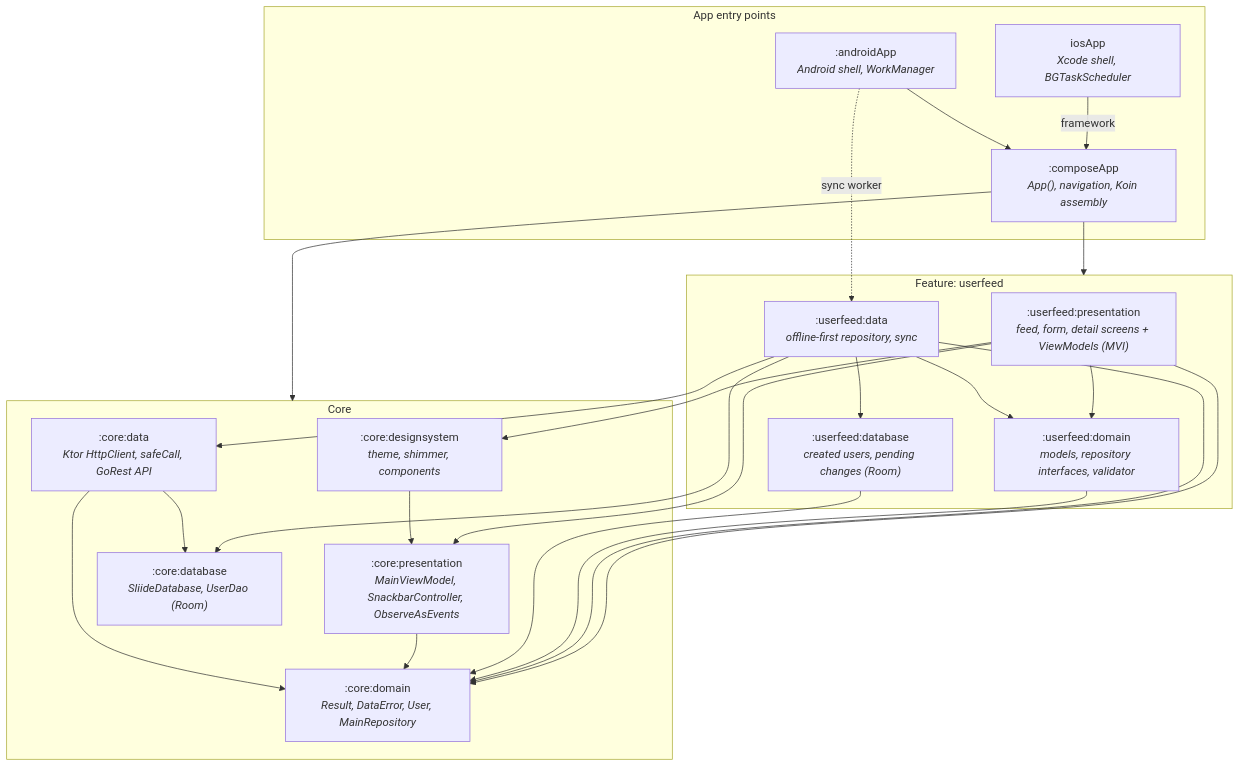
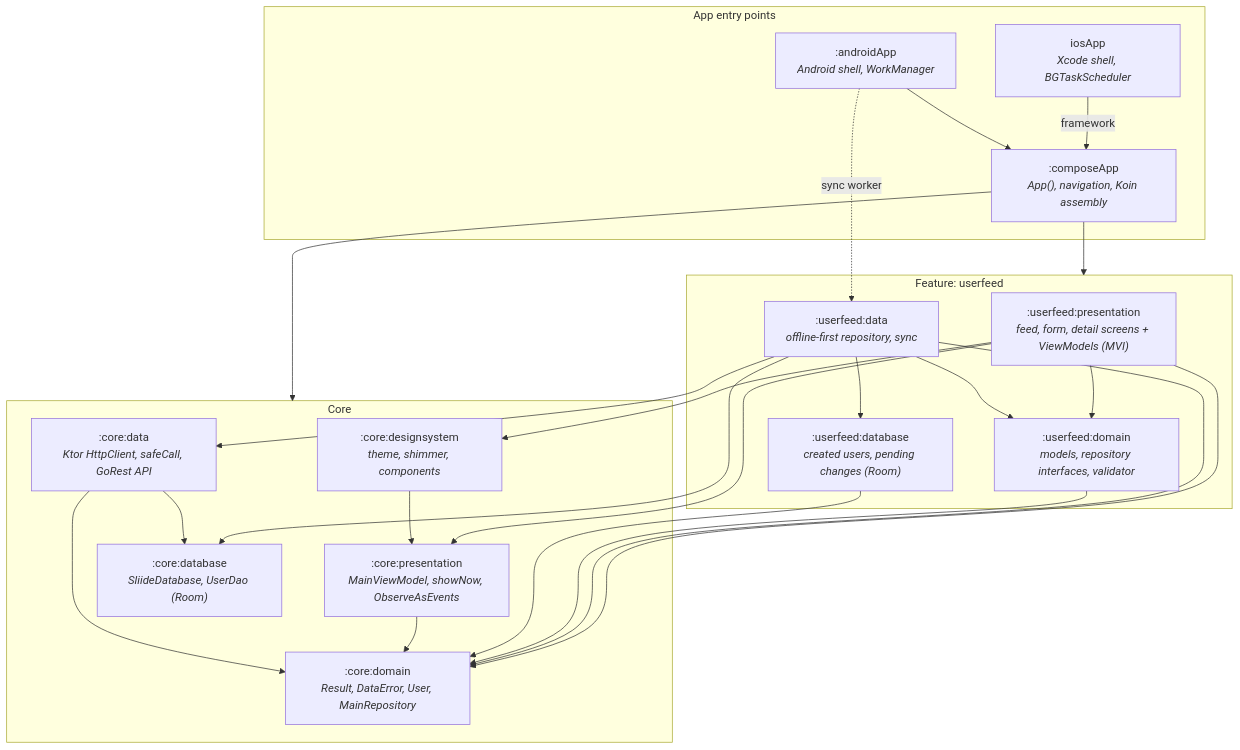
Before and after one commit to adilabedin/SliideChallenge: the first of 3 diagrams in README.md, drawn with Mermaid. The commit also changed other lines of this file and 9 other files, not shown here.

````diff
--- a/README.md
+++ b/README.md
@@ -20,46 +20,46 @@
 ```mermaid
 flowchart TD
     subgraph entry["App entry points"]
         androidApp[":androidApp<br/><i>Android shell, WorkManager</i>"]
         iosApp["iosApp<br/><i>Xcode shell, BGTaskScheduler</i>"]
         composeApp[":composeApp<br/><i>App(), navigation, Koin assembly</i>"]
     end
 
     subgraph feature["Feature: userfeed"]
         ufPresentation[":userfeed:presentation<br/><i>feed, form, detail screens + ViewModels (MVI)</i>"]
         ufDomain[":userfeed:domain<br/><i>models, repository interfaces, validator</i>"]
         ufData[":userfeed:data<br/><i>offline-first repository, sync</i>"]
         ufDatabase[":userfeed:database<br/><i>created users, pending changes (Room)</i>"]
     end
 
     subgraph core["Core"]
-        corePresentation[":core:presentation<br/><i>MainViewModel, SnackbarController, ObserveAsEvents</i>"]
+        corePresentation[":core:presentation<br/><i>MainViewModel, showNow, ObserveAsEvents</i>"]
         coreDesignsystem[":core:designsystem<br/><i>theme, shimmer, components</i>"]
         coreDomain[":core:domain<br/><i>Result, DataError, User, MainRepository</i>"]
         coreData[":core:data<br/><i>Ktor HttpClient, safeCall, GoRest API</i>"]
         coreDatabase[":core:database<br/><i>SliideDatabase, UserDao (Room)</i>"]
     end
 
     iosApp -->|framework| composeApp
     androidApp --> composeApp
     androidApp -.->|sync worker| ufData
     composeApp --> feature
     composeApp --> core
 
     ufPresentation --> ufDomain
     ufPresentation --> corePresentation
     ufPresentation --> coreDesignsystem
     ufPresentation --> coreDomain
     ufData --> ufDomain
     ufData --> ufDatabase
     ufData --> coreData
     ufData --> coreDatabase
     ufData --> coreDomain
     ufDomain --> coreDomain
     ufDatabase --> coreDomain
 
     coreDesignsystem --> corePresentation
     corePresentation --> coreDomain
     coreData --> coreDomain
     coreData --> coreDatabase
 ```
````
